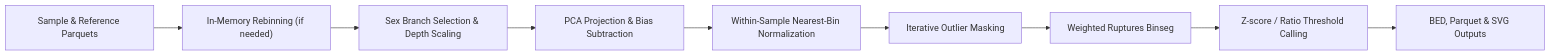
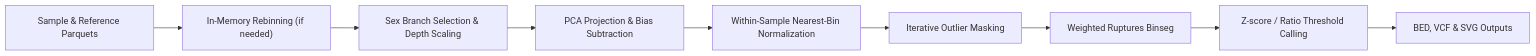
One commit to matthdsm/ccnv changed the third of 3 diagrams in docs/cli.md. Above: the diagram before and after it, drawn with Mermaid. The commit also changed other lines of this file and 14 other files, not shown here.

First line of the commit message:
feat: add VCF outputs and bgzip streaming for prediction artifacts (#6)

````diff
--- a/docs/cli.md
+++ b/docs/cli.md
@@ -150,11 +153,11 @@
 ```mermaid
 flowchart LR
     A["Sample & Reference Parquets"] --> B["In-Memory Rebinning (if needed)"]
     B --> C["Sex Branch Selection & Depth Scaling"]
     C --> D["PCA Projection & Bias Subtraction"]
     D --> E["Within-Sample Nearest-Bin Normalization"]
     E --> F["Iterative Outlier Masking"]
     F --> G["Weighted Ruptures Binseg"]
     G --> H["Z-score / Ratio Threshold Calling"]
-    H --> I["BED, Parquet & SVG Outputs"]
+    H --> I["BED, VCF & SVG Outputs"]
 ```
````
